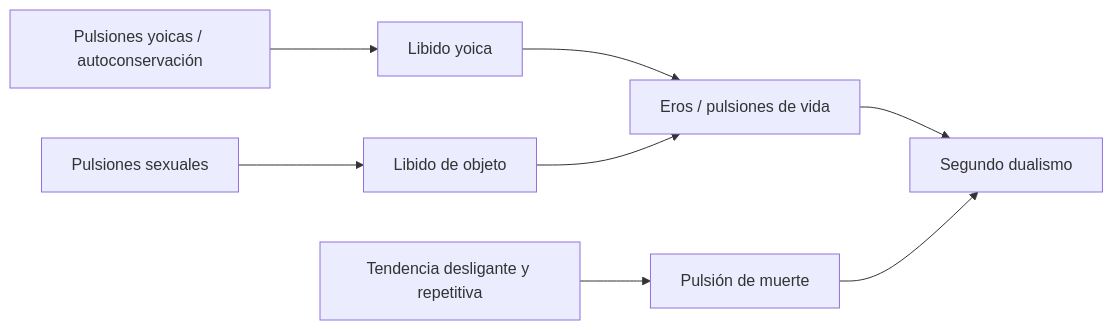
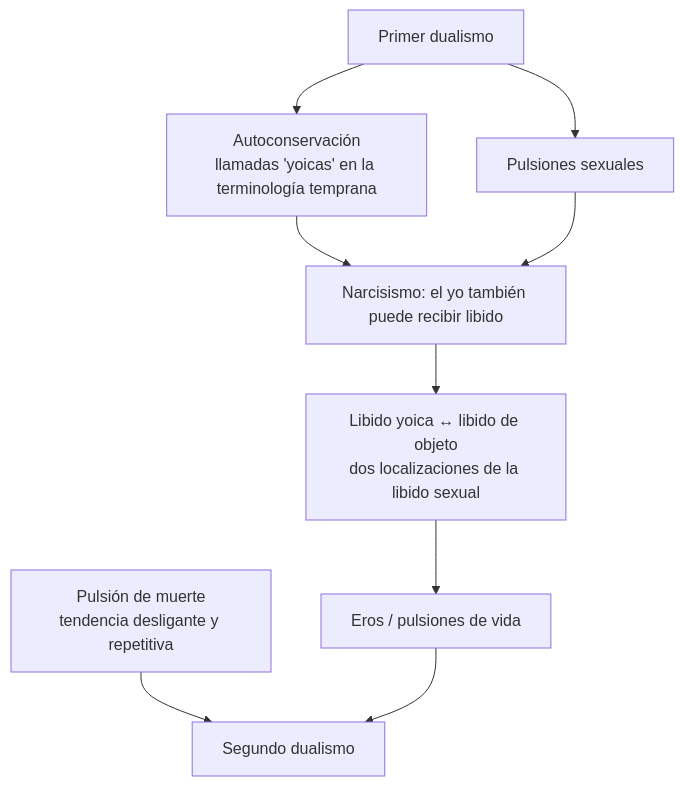
One commit to javifernandes/psicoanalisis-freud-laznik-tercer-parcial changed the first of 3 diagrams in libro/bookops/02-sintesis-integrada/02-segundo-dualismo-pulsional.md. Above: the diagram before and after it, drawn with Mermaid. The commit also changed other lines of this file and 1 other file, not shown here.

Commit message:
Clarify terminology of first drive dualism

````diff
--- a/libro/bookops/02-sintesis-integrada/02-segundo-dualismo-pulsional.md
+++ b/libro/bookops/02-sintesis-integrada/02-segundo-dualismo-pulsional.md
@@ -9,10 +11,11 @@
 ```mermaid
-flowchart LR
-  A["Pulsiones yoicas / autoconservación"] --> C["Libido yoica"]
-  B["Pulsiones sexuales"] --> D["Libido de objeto"]
-  C --> E["Eros / pulsiones de vida"]
-  D --> E
-  F["Tendencia desligante y repetitiva"] --> G["Pulsión de muerte"]
-  E --> H["Segundo dualismo"]
-  G --> H
+flowchart TD
+  A["Primer dualismo"] --> B["Autoconservación<br/>llamadas 'yoicas' en la terminología temprana"]
+  A --> C["Pulsiones sexuales"]
+  B --> D["Narcisismo: el yo también puede recibir libido"]
+  C --> D
+  D --> E["Libido yoica ↔ libido de objeto<br/>dos localizaciones de la libido sexual"]
+  E --> F["Eros / pulsiones de vida"]
+  G["Pulsión de muerte<br/>tendencia desligante y repetitiva"] --> H["Segundo dualismo"]
+  F --> H
 ```
````
